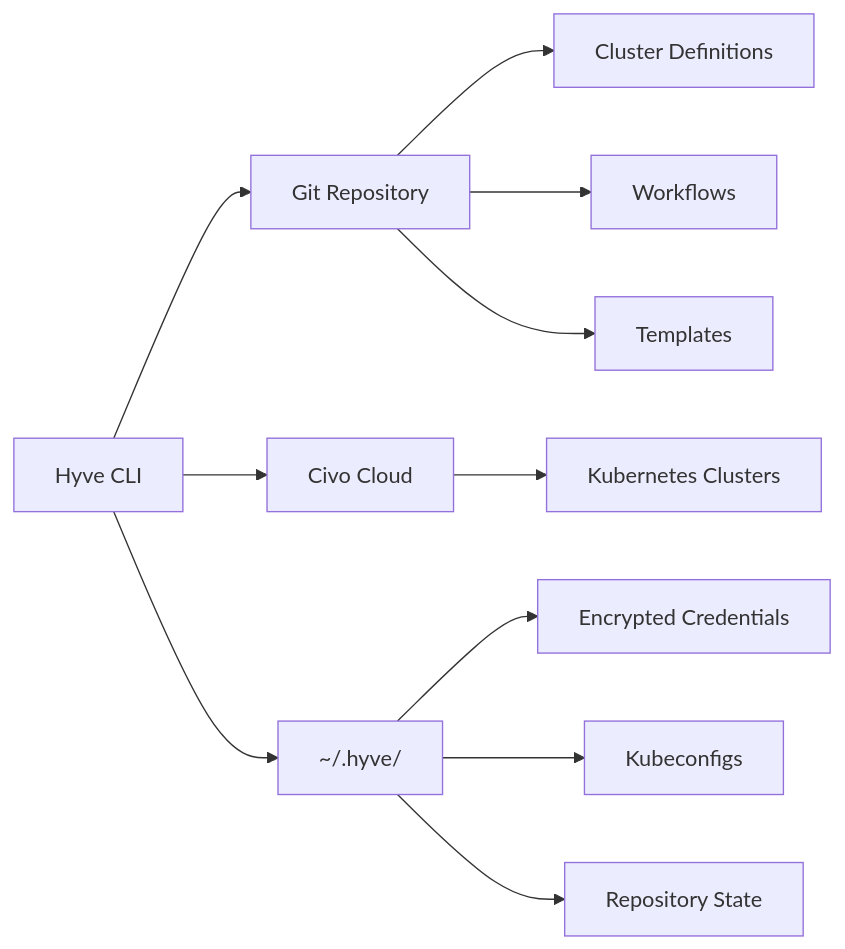
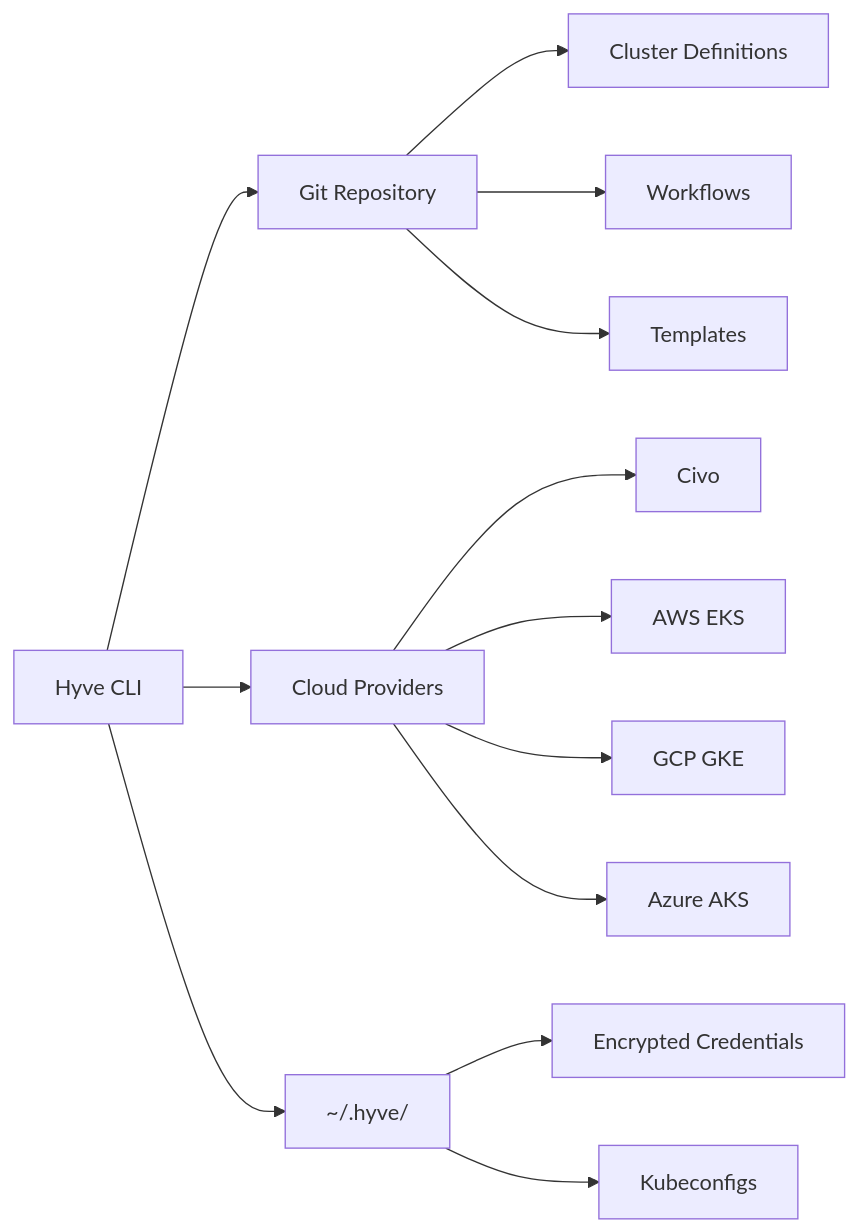
One commit to cbridges1/hyve-website changed the diagram in home.mdx. Above: the diagram before and after it, drawn with Mermaid. The commit also changed other lines of this file and 9 other files, not shown here.

````diff
--- a/home.mdx
+++ b/home.mdx
@@ -188,13 +189,15 @@
 ```mermaid
 graph LR
     A[Hyve CLI] --> B[Git Repository]
-    A --> C[Civo Cloud]
+    A --> C[Cloud Providers]
     B --> D[Cluster Definitions]
     B --> E[Workflows]
     B --> F[Templates]
-    C --> G[Kubernetes Clusters]
-    A --> H[~/.hyve/]
-    H --> I[Encrypted Credentials]
-    H --> J[Kubeconfigs]
-    H --> K[Repository State]
+    C --> G[Civo]
+    C --> H[AWS EKS]
+    C --> I[GCP GKE]
+    C --> J[Azure AKS]
+    A --> K[~/.hyve/]
+    K --> L[Encrypted Credentials]
+    K --> M[Kubeconfigs]
 ```
````
